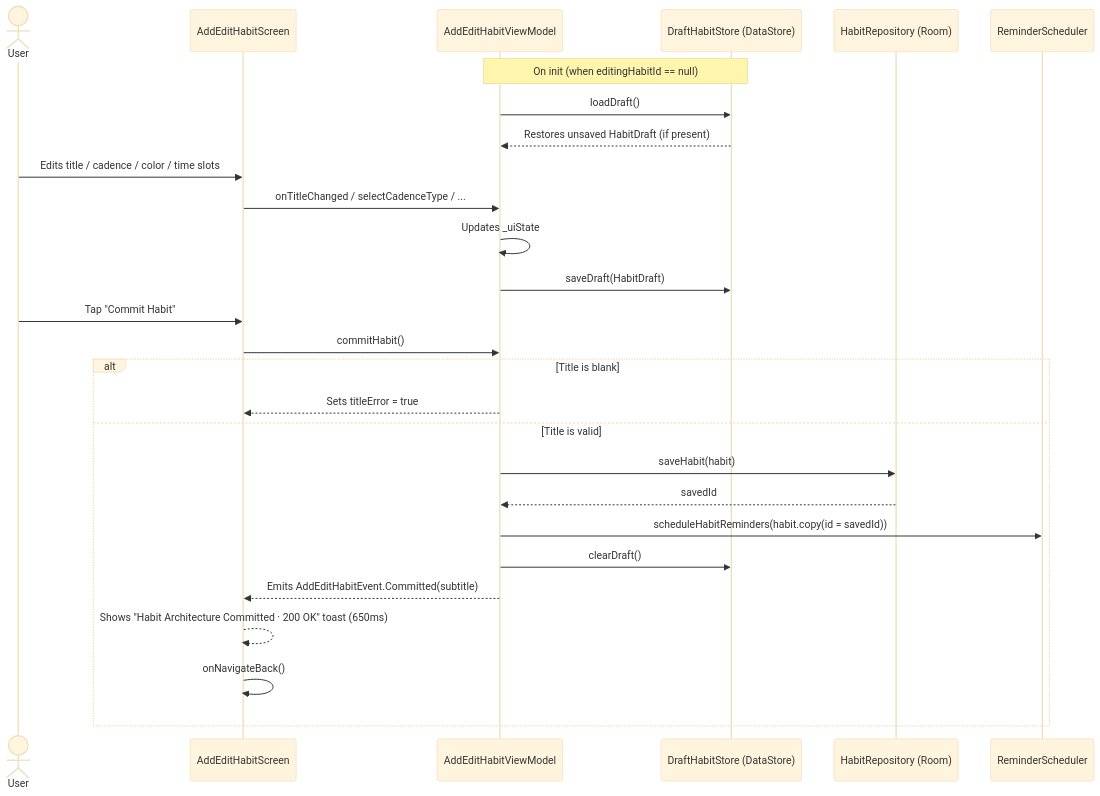
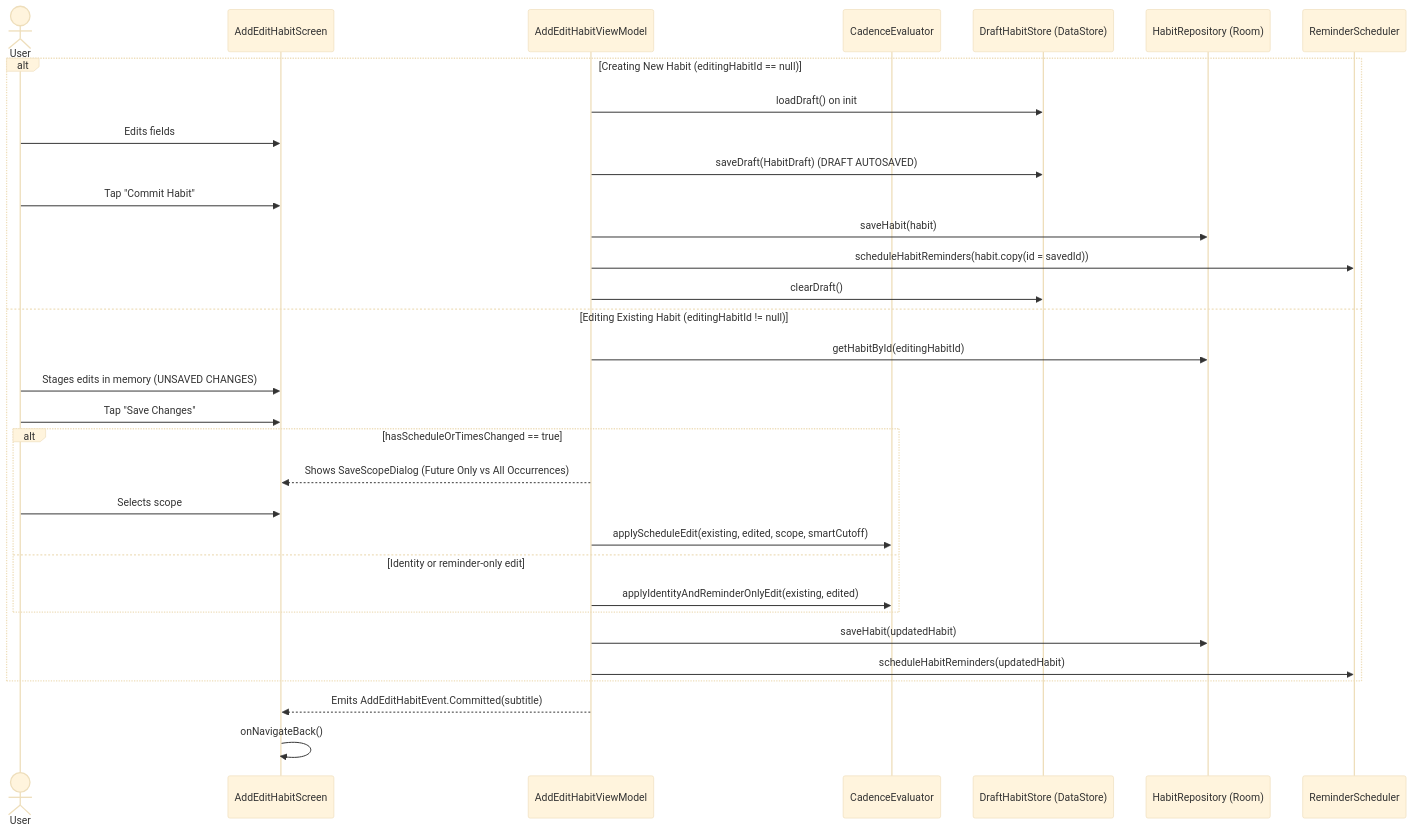
One commit to Vlad2000Andrei/rhythm changed the sixth of 6 diagrams in docs/architecture.md. Above: the diagram before and after it, drawn with Mermaid (base theme). The commit also changed other lines of this file and 36 other files, not shown here.

First line of the commit message:
Add effective-dated habit edits, modular Room v5 schema, and habit pausing

````diff
--- a/docs/architecture.md
+++ b/docs/architecture.md
@@ -216,32 +223,35 @@
 ```mermaid
 sequenceDiagram
     actor User
     participant UI as AddEditHabitScreen
     participant VM as AddEditHabitViewModel
+    participant Eval as CadenceEvaluator
     participant Draft as DraftHabitStore (DataStore)
     participant Repo as HabitRepository (Room)
     participant Alarm as ReminderScheduler
 
-    Note over VM,Draft: On init (when editingHabitId == null)
-    VM->>Draft: loadDraft()
-    Draft-->>VM: Restores unsaved HabitDraft (if present)
-
-    User->>UI: Edits title / cadence / color / time slots
-    UI->>VM: onTitleChanged / selectCadenceType / ...
-    VM->>VM: Updates _uiState
-    VM->>Draft: saveDraft(HabitDraft)
-
-    User->>UI: Tap "Commit Habit"
-    UI->>VM: commitHabit()
-    alt Title is blank
-        VM-->>UI: Sets titleError = true
-    else Title is valid
+    alt Creating New Habit (editingHabitId == null)
+        VM->>Draft: loadDraft() on init
+        User->>UI: Edits fields
+        VM->>Draft: saveDraft(HabitDraft) (DRAFT AUTOSAVED)
+        User->>UI: Tap "Commit Habit"
         VM->>Repo: saveHabit(habit)
-        Repo-->>VM: savedId
         VM->>Alarm: scheduleHabitReminders(habit.copy(id = savedId))
         VM->>Draft: clearDraft()
-        VM-->>UI: Emits AddEditHabitEvent.Committed(subtitle)
-        UI-->>UI: Shows "Habit Architecture Committed · 200 OK" toast (650ms)
-        UI->>UI: onNavigateBack()
+    else Editing Existing Habit (editingHabitId != null)
+        VM->>Repo: getHabitById(editingHabitId)
+        User->>UI: Stages edits in memory (UNSAVED CHANGES)
+        User->>UI: Tap "Save Changes"
+        alt hasScheduleOrTimesChanged == true
+            VM-->>UI: Shows SaveScopeDialog (Future Only vs All Occurrences)
+            User->>UI: Selects scope
+            VM->>Eval: applyScheduleEdit(existing, edited, scope, smartCutoff)
+        else Identity or reminder-only edit
+            VM->>Eval: applyIdentityAndReminderOnlyEdit(existing, edited)
+        end
+        VM->>Repo: saveHabit(updatedHabit)
+        VM->>Alarm: scheduleHabitReminders(updatedHabit)
     end
+    VM-->>UI: Emits AddEditHabitEvent.Committed(subtitle)
+    UI->>UI: onNavigateBack()
 ```
````
